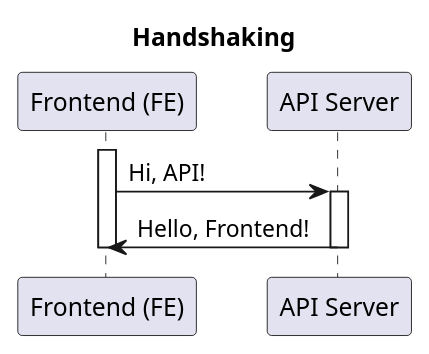
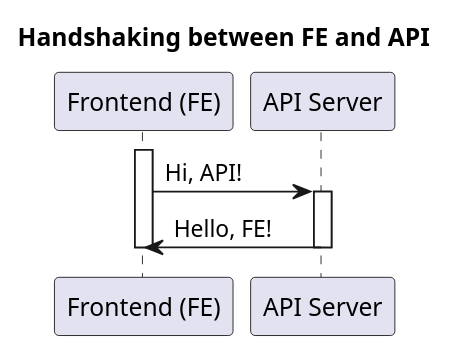
Before and after one commit to ajktown/docs: the diagram in README.md, drawn with PlantUML. The commit also changed other lines of this file, not shown here.

Commit message:
fix: few words

````diff
--- a/README.md
+++ b/README.md
@@ -28,17 +29,17 @@
 ```plantuml
 
 @startuml
 
-title Handshaking
+title Handshaking between FE and API
 
 participant "Frontend (FE)" as fe
 participant "API Server" as api
 
 activate fe
   fe -> api: Hi, API!
   activate api
-    fe <- api: Hello, Frontend!
+    fe <- api: Hello, FE!
   deactivate api
 deactivate fe
 
 ```
````
